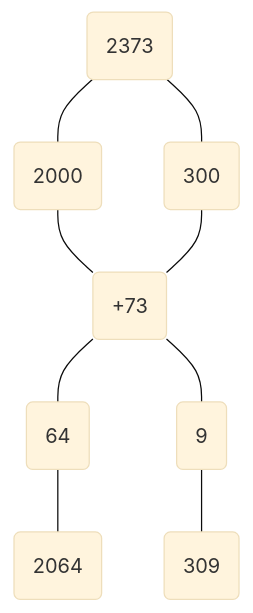
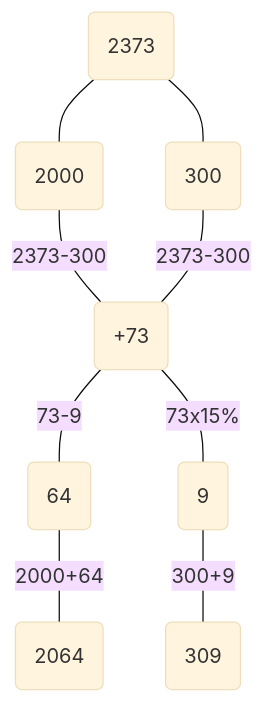
The diagram in Markdown/资料分析.md (Stolorzs/Gongkao), drawn with Mermaid (base theme) before and after one commit.

````diff
--- a/Markdown/资料分析.md
+++ b/Markdown/资料分析.md
@@ -161,9 +161,10 @@
 ```mermaid
 graph TD;
 a(2373)---b(2000)
 a---c(300)
-b & c---d(+73)
-d---e(64) & f(9)
-e---g(2064)
-f---h(309)
+b & c---|2373-300|d(+73)
+d---|73-9|e(64) 
+d---|73x15%|f(9)
+e---|2000+64|g(2064)
+f---|300+9|h(309)
 ```
````
